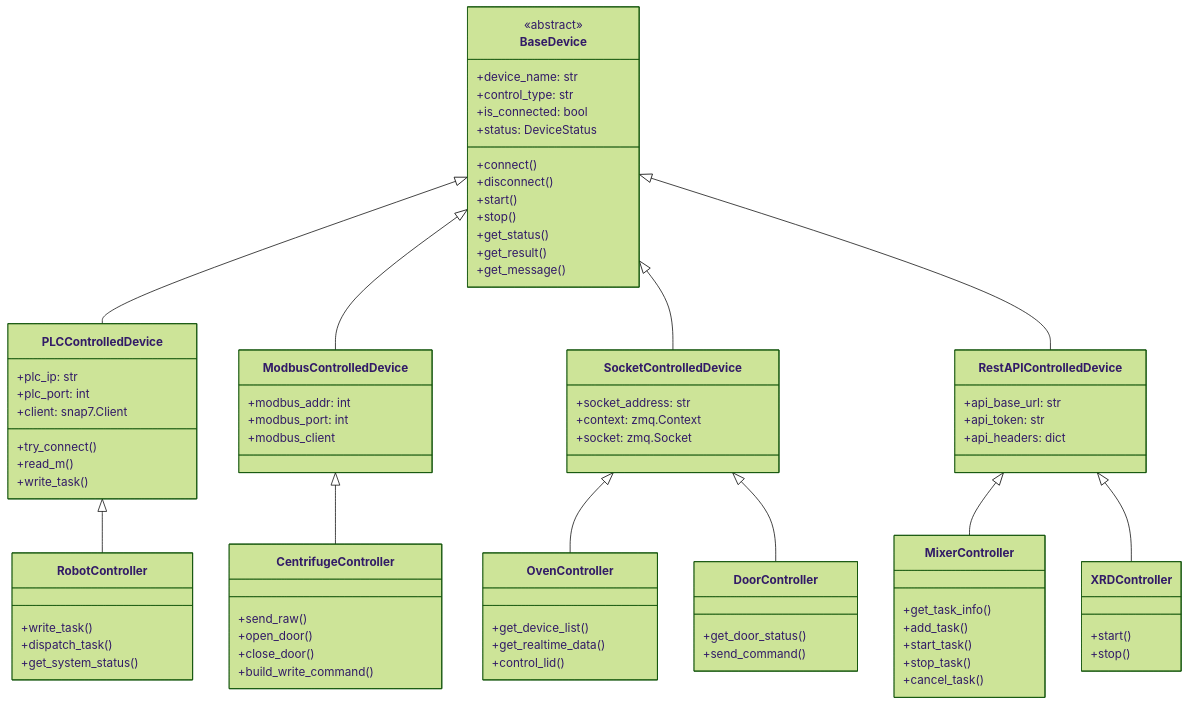
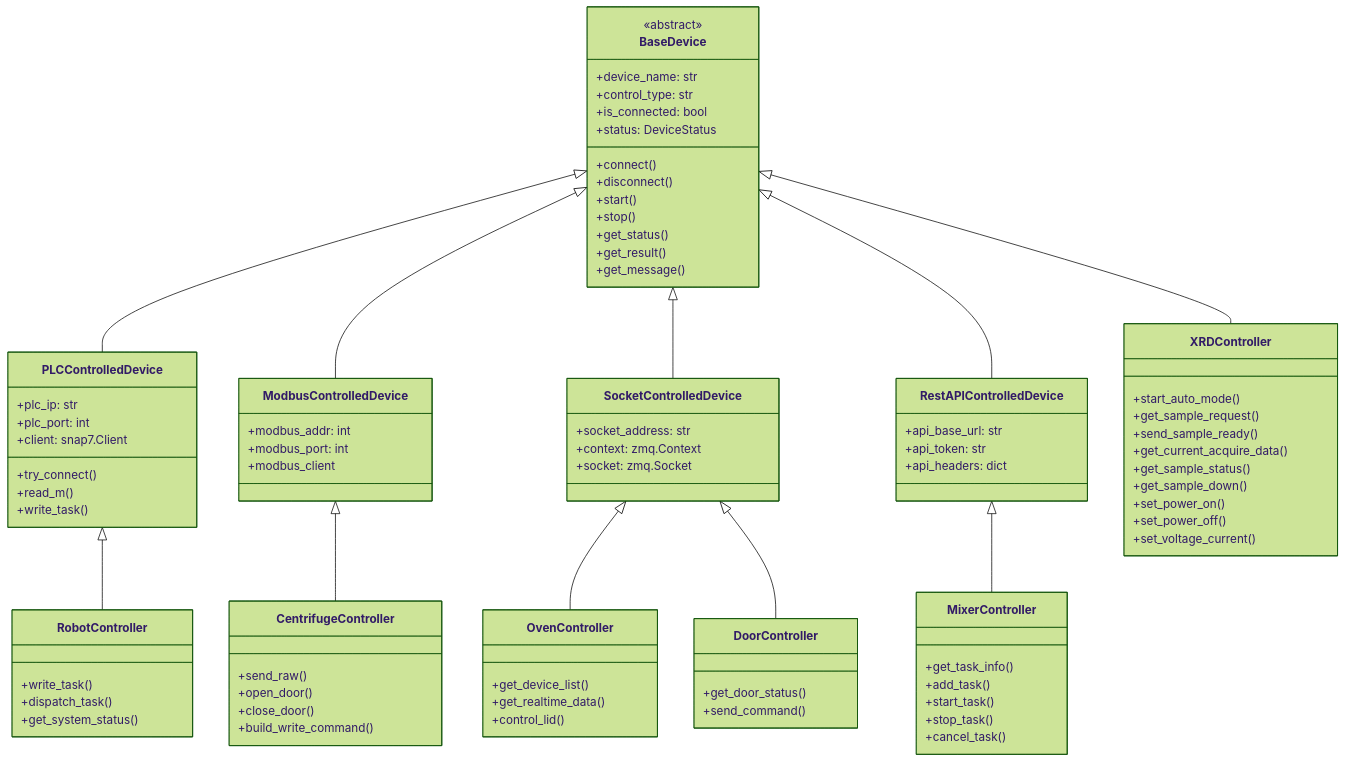
Before and after one commit to nipeone/ai4device: the second of 11 diagrams in docs/系统架构流程图.md, drawn with Mermaid (forest theme). The commit also changed other lines of this file, not shown here.

````diff
--- a/docs/系统架构流程图.md
+++ b/docs/系统架构流程图.md
@@ -188,8 +196,15 @@
     }
     
     class XRDController {
-        +start()
-        +stop()
+        +start_auto_mode()
+        +get_sample_request()
+        +send_sample_ready()
+        +get_current_acquire_data()
+        +get_sample_status()
+        +get_sample_down()
+        +set_power_on()
+        +set_power_off()
+        +set_voltage_current()
     }
     
     BaseDevice <|-- PLCControlledDevice
@@ -202,5 +217,5 @@
     SocketControlledDevice <|-- OvenController
     SocketControlledDevice <|-- DoorController
     RestAPIControlledDevice <|-- MixerController
-    RestAPIControlledDevice <|-- XRDController
+    BaseDevice <|-- XRDController
 ```
````
